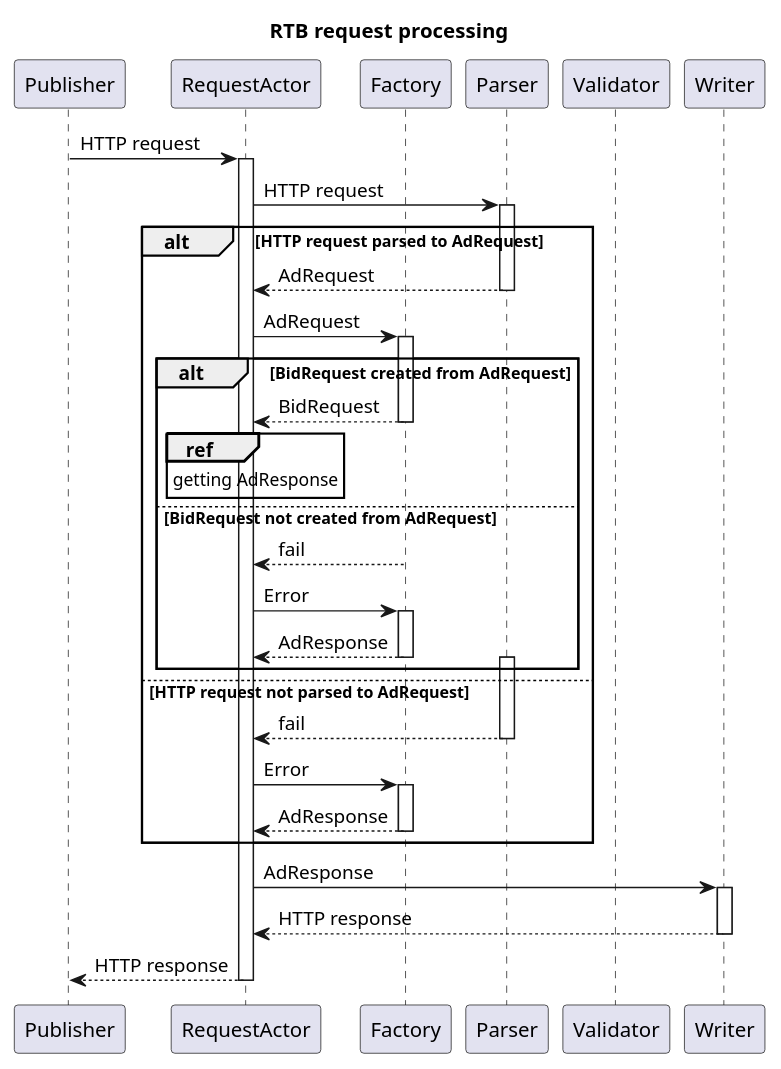
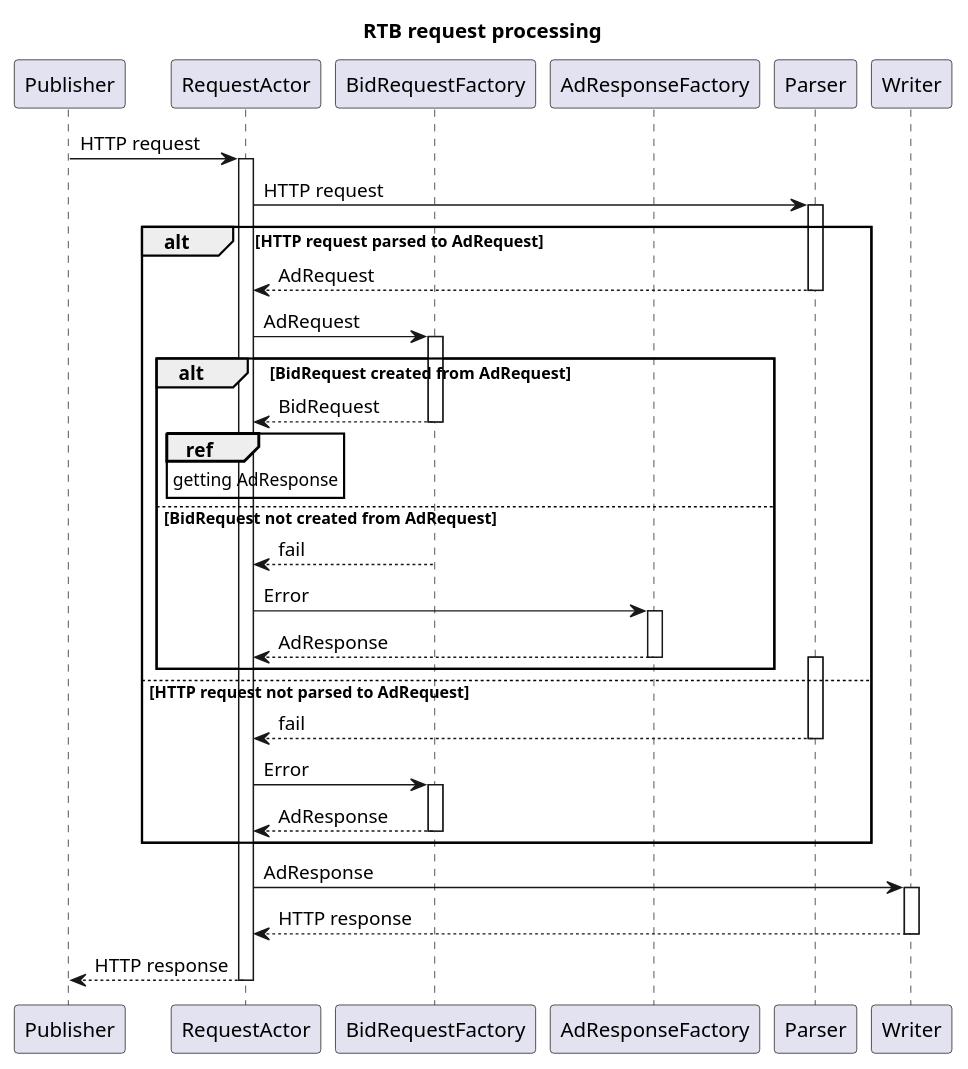
The diagram in diagrams/request_processing.puml (bwsw/simple-rtb-exchange), drawn with PlantUML before and after one commit. The commit also changed 1 other file, not shown here.

Commit message:
develop - diagrams changed

```diff
--- a/diagrams/request_processing.puml
+++ b/diagrams/request_processing.puml
@@ -1,59 +1,59 @@
 @startuml
 
 title RTB request processing
 
 participant Publisher
 participant RequestActor
-participant Factory
+participant BidRequestFactory
+participant AdResponseFactory
 participant Parser
-participant Validator
 participant Writer
 
 Publisher -> RequestActor: HTTP request
 activate RequestActor
 
 RequestActor -> Parser: HTTP request
 activate Parser
 
 alt HTTP request parsed to AdRequest
     RequestActor <-- Parser: AdRequest
     deactivate Parser
-    RequestActor -> Factory: AdRequest
-    activate Factory
+    RequestActor -> BidRequestFactory: AdRequest
+    activate BidRequestFactory
 
     alt BidRequest created from AdRequest
-        RequestActor <-- Factory: BidRequest
-        deactivate Factory
+        RequestActor <-- BidRequestFactory: BidRequest
+        deactivate BidRequestFactory
 
         ref over RequestActor: getting AdResponse
 
     else BidRequest not created from AdRequest
-        RequestActor <-- Factory: fail
-        deactivate Factory
+        RequestActor <-- BidRequestFactory: fail
+        deactivate BidRequestFactory
 
-        RequestActor -> Factory: Error
-        activate Factory
-        RequestActor <-- Factory: AdResponse
-        deactivate Factory
+        RequestActor -> AdResponseFactory: Error
+        activate AdResponseFactory
+        RequestActor <-- AdResponseFactory: AdResponse
+        deactivate AdResponseFactory
 
         activate Parser
     end
 
 else HTTP request not parsed to AdRequest
     RequestActor <-- Parser: fail
     deactivate Parser
 
-    RequestActor -> Factory: Error
-    activate Factory
-    RequestActor <-- Factory: AdResponse
-    deactivate Factory
+    RequestActor -> BidRequestFactory: Error
+    activate BidRequestFactory
+    RequestActor <-- BidRequestFactory: AdResponse
+    deactivate BidRequestFactory
 end
 
 RequestActor -> Writer: AdResponse
 activate Writer
 RequestActor <-- Writer: HTTP response
 deactivate Writer
 RequestActor --> Publisher: HTTP response
 deactivate RequestActor
 
 @enduml
```
